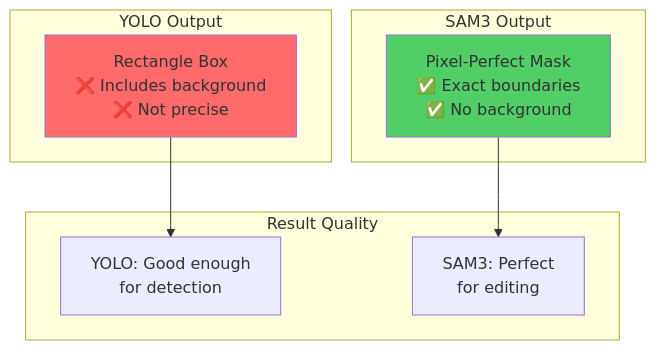
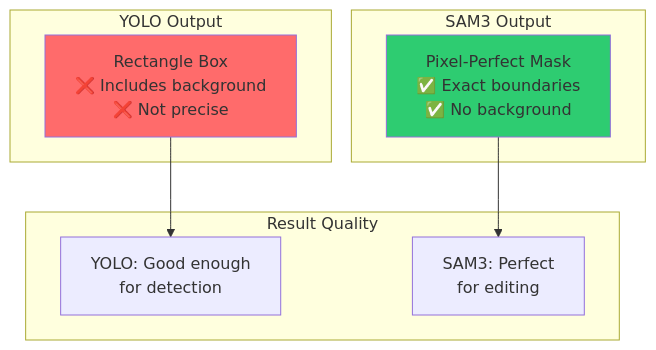
One commit to Omenranr/rag-video changed the eighth of 35 diagrams in README.md. Above: the diagram before and after it, drawn with Mermaid. The commit also changed other lines of this file, not shown here.

````diff
--- a/README.md
+++ b/README.md
@@ -238,21 +238,21 @@
 ```mermaid
 graph TB
     subgraph "YOLO Output"
         Y[Rectangle Box<br/>❌ Includes background<br/>❌ Not precise]
     end
     
     subgraph "SAM3 Output"
         S[Pixel-Perfect Mask<br/>✅ Exact boundaries<br/>✅ No background]
     end
     
     subgraph "Result Quality"
         R1[YOLO: Good enough<br/>for detection]
         R2[SAM3: Perfect<br/>for editing]
     end
     
     Y --> R1
     S --> R2
     
     style Y fill:#ff6b6b
-    style S fill:#51cf66
+    style S fill:#2ecc71
 ```
````
